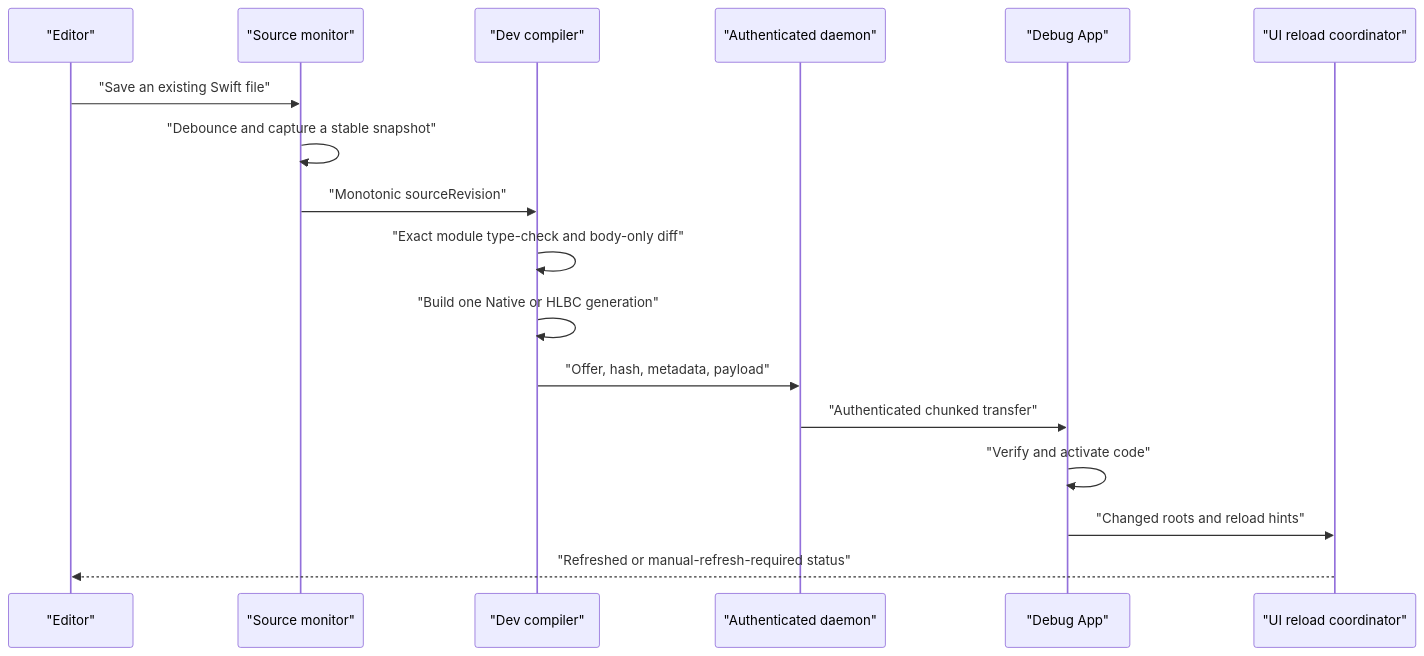
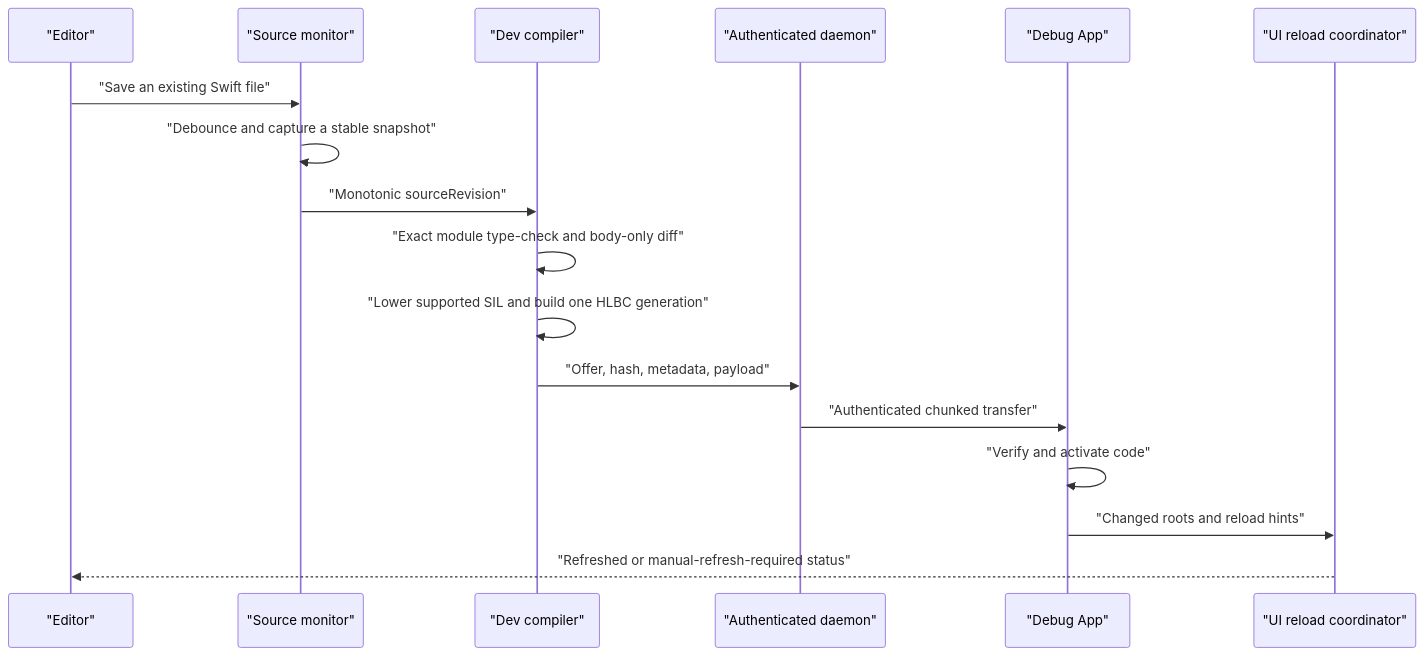
One commit to TangentW/Helix changed the diagram in Docs/Development-Live-Reload.md. Above: the diagram before and after it, drawn with Mermaid. The commit also changed other lines of this file and 104 other files, not shown here.

````diff
--- a/Docs/Development-Live-Reload.md
+++ b/Docs/Development-Live-Reload.md
@@ -58,20 +59,20 @@
 ```mermaid
 sequenceDiagram
     participant E as "Editor"
     participant M as "Source monitor"
     participant C as "Dev compiler"
     participant D as "Authenticated daemon"
     participant A as "Debug App"
     participant U as "UI reload coordinator"
 
     E->>M: "Save an existing Swift file"
     M->>M: "Debounce and capture a stable snapshot"
     M->>C: "Monotonic sourceRevision"
     C->>C: "Exact module type-check and body-only diff"
-    C->>C: "Build one Native or HLBC generation"
+    C->>C: "Lower supported SIL and build one HLBC generation"
     C->>D: "Offer, hash, metadata, payload"
     D->>A: "Authenticated chunked transfer"
     A->>A: "Verify and activate code"
     A->>U: "Changed roots and reload hints"
     U-->>E: "Refreshed or manual-refresh-required status"
 ```
````
